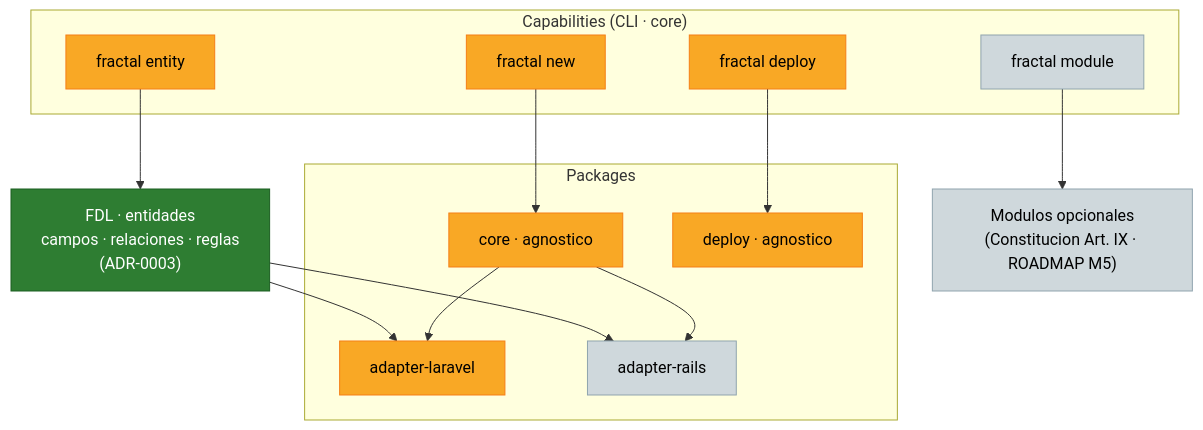
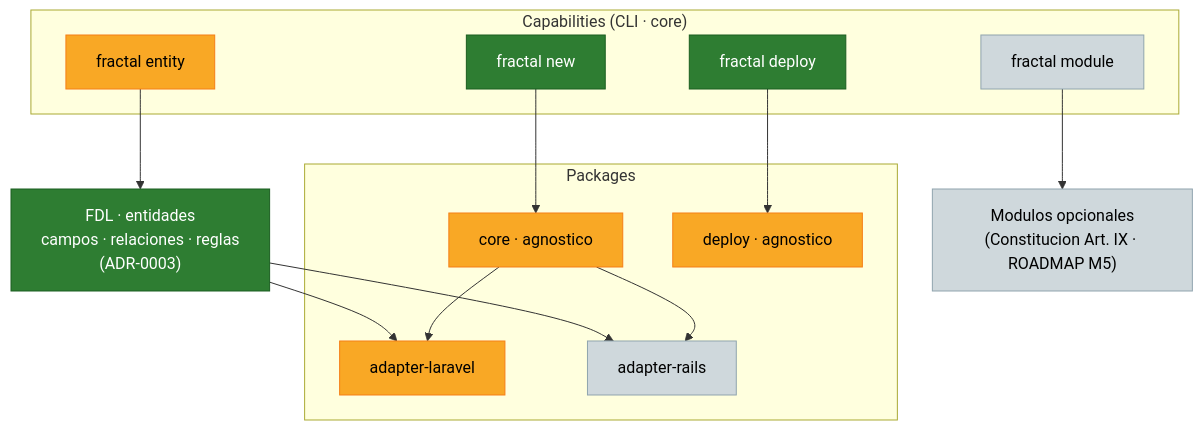
Before and after one commit to dmaure/fractal: the second of 2 diagrams in docs/MAPA_DE_PROGRESO.md, drawn with Mermaid. The commit also changed other lines of this file and 7 other files, not shown here.

````diff
--- a/docs/MAPA_DE_PROGRESO.md
+++ b/docs/MAPA_DE_PROGRESO.md
@@ -105,36 +109,36 @@
 ```mermaid
 flowchart TD
     subgraph CAP["Capabilities (CLI · core)"]
         NEW["fractal new"]
         ENT["fractal entity"]
         DEP["fractal deploy"]
         MOD["fractal module"]
     end
 
     subgraph PKG["Packages"]
         CORE["core · agnostico"]
         ALAR["adapter-laravel"]
         ARAI["adapter-rails"]
         DEPLOY["deploy · agnostico"]
     end
 
     FDL["FDL · entidades<br/>campos · relaciones · reglas<br/>(ADR-0003)"]
     MODULOS["Modulos opcionales<br/>(Constitucion Art. IX · ROADMAP M5)"]
 
     NEW --> CORE
     ENT --> FDL
     FDL --> ALAR
     FDL --> ARAI
     MOD --> MODULOS
     CORE --> ALAR
     CORE --> ARAI
     DEP --> DEPLOY
 
     classDef done fill:#2e7d32,color:#fff,stroke:#1b5e20;
     classDef curso fill:#f9a825,color:#000,stroke:#f57f17;
     classDef pend fill:#cfd8dc,color:#000,stroke:#90a4ae;
 
-    class FDL done;
-    class NEW,ENT,DEP,CORE,ALAR,DEPLOY curso;
+    class NEW,DEP,FDL done;
+    class ENT,CORE,ALAR,DEPLOY curso;
     class MOD,ARAI,MODULOS pend;
 ```
````
